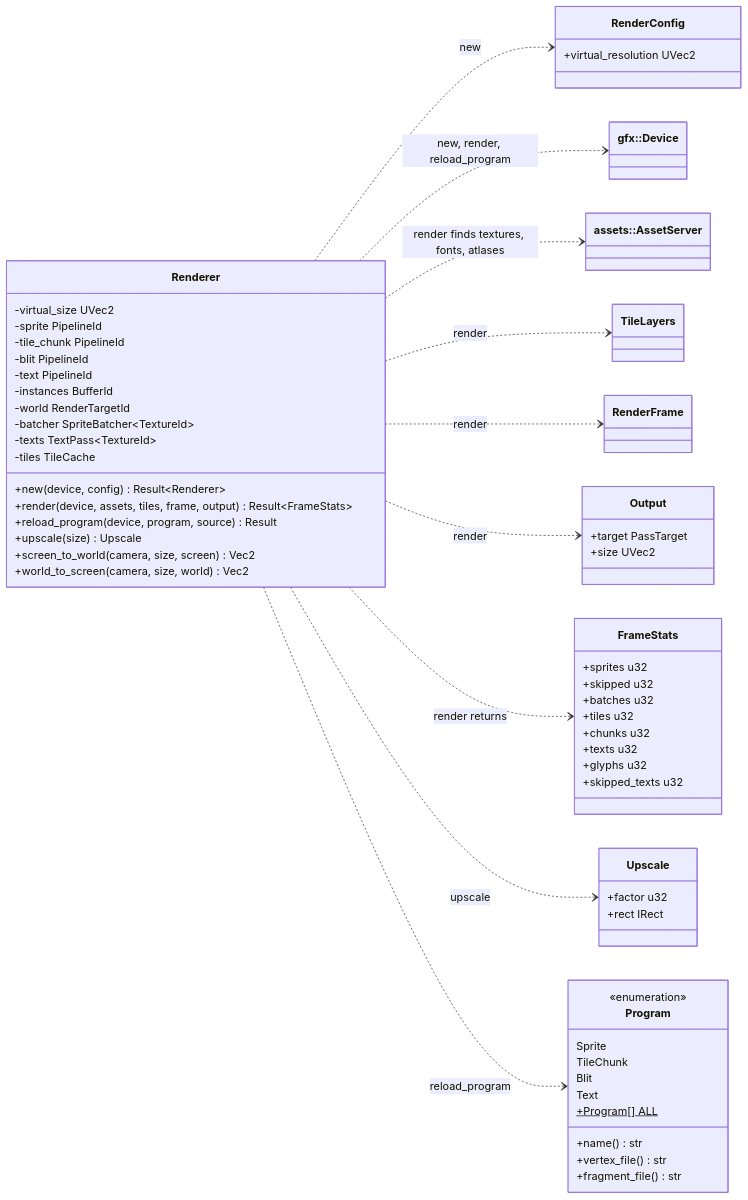
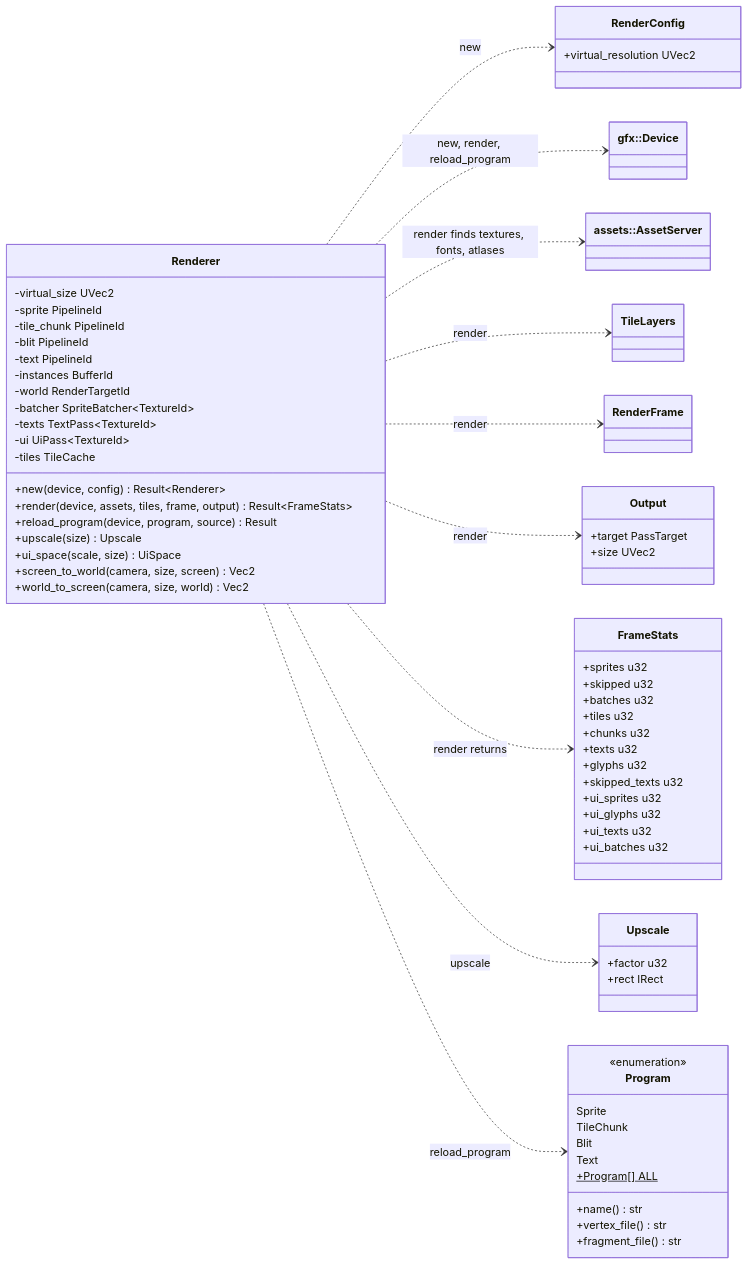
Before and after one commit to jabbott-iii/Nadir: diagram 13 of 32 in diagrams/class-diagram.md, drawn with Mermaid. The commit also changed other lines of this file and 24 other files, not shown here.

````diff
--- a/diagrams/class-diagram.md
+++ b/diagrams/class-diagram.md
@@ -1024,67 +1024,73 @@
 ```mermaid
 classDiagram
     direction LR
     class Renderer {
         -virtual_size UVec2
         -sprite PipelineId
         -tile_chunk PipelineId
         -blit PipelineId
         -text PipelineId
         -instances BufferId
         -world RenderTargetId
         -batcher SpriteBatcher~TextureId~
         -texts TextPass~TextureId~
+        -ui UiPass~TextureId~
         -tiles TileCache
         +new(device, config) Result~Renderer~
         +render(device, assets, tiles, frame, output) Result~FrameStats~
         +reload_program(device, program, source) Result
         +upscale(size) Upscale
+        +ui_space(scale, size) UiSpace
         +screen_to_world(camera, size, screen) Vec2
         +world_to_screen(camera, size, world) Vec2
     }
     class RenderConfig {
         +virtual_resolution UVec2
     }
     class Output {
         +target PassTarget
         +size UVec2
     }
     class FrameStats {
         +sprites u32
         +skipped u32
         +batches u32
         +tiles u32
         +chunks u32
         +texts u32
         +glyphs u32
         +skipped_texts u32
+        +ui_sprites u32
+        +ui_glyphs u32
+        +ui_texts u32
+        +ui_batches u32
     }
     class Upscale {
         +factor u32
         +rect IRect
     }
     class Program {
         <<enumeration>>
         Sprite
         TileChunk
         Blit
         Text
         +Program[] ALL$
         +name() str
         +vertex_file() str
         +fragment_file() str
     }
     class RenderFrame
     class TileLayers
     class Device["gfx::Device"]
     class AssetServer["assets::AssetServer"]
     Renderer ..> RenderConfig : new
     Renderer ..> Device : new, render, reload_program
     Renderer ..> AssetServer : render finds textures, fonts, atlases
     Renderer ..> TileLayers : render
     Renderer ..> RenderFrame : render
     Renderer ..> Output : render
     Renderer ..> FrameStats : render returns
     Renderer ..> Upscale : upscale
     Renderer ..> Program : reload_program
 ```
````
